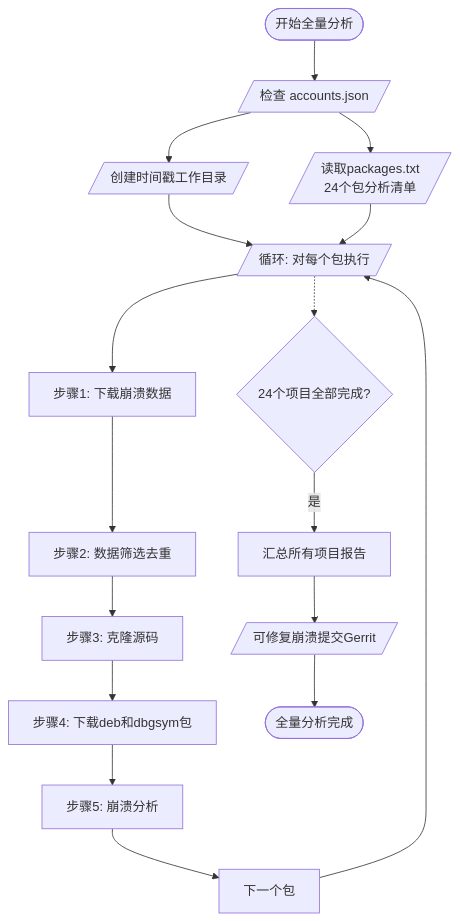
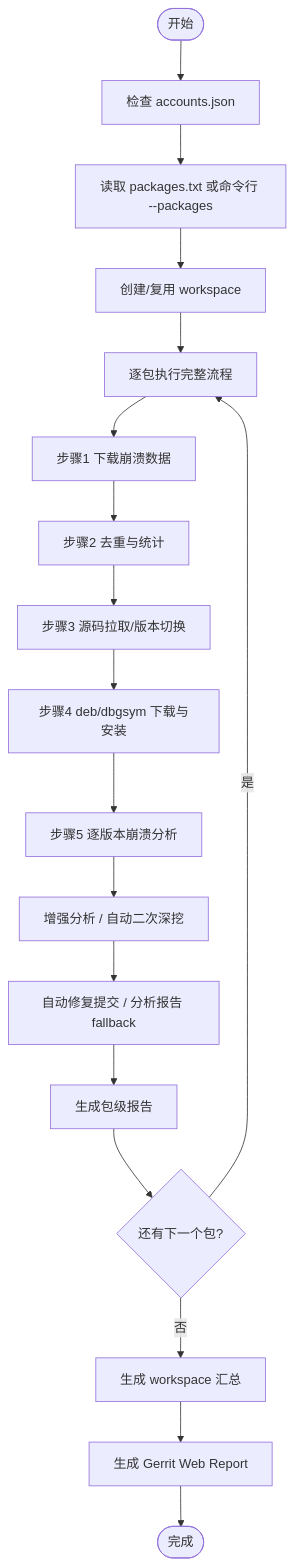
The first of 4 diagrams in FLOW.md (wubw0508/coredump-analysis-skills), drawn with Mermaid before and after one commit. The commit also changed other lines of this file and 25 other files, not shown here.

````diff
--- a/FLOW.md
+++ b/FLOW.md
@@ -5,19 +13,20 @@
 ```mermaid
 graph TD
-A([开始全量分析]) --> B
-B[/检查 accounts.json/] --> C
-B --> D
-C[/创建时间戳工作目录/] --> E
-D[/读取packages.txt<br/>24个包分析清单/] --> E
-E[/循环: 对每个包执行/] --> F[步骤1: 下载崩溃数据]
-F --> G[步骤2: 数据筛选去重]
-G --> H[步骤3: 克隆源码]
-H --> I[步骤4: 下载deb和dbgsym包]
-I --> J[步骤5: 崩溃分析]
-J --> K[下一个包]
-K --> E
-E -.-> L{24个项目全部完成?}
-L -->|是| M[汇总所有项目报告]
-M --> N[/可修复崩溃提交Gerrit/]
-N --> O([全量分析完成])
+A([开始]) --> B[检查 accounts.json]
+B --> C[读取 packages.txt 或命令行 --packages]
+C --> D[创建/复用 workspace]
+D --> E[逐包执行完整流程]
+E --> F[步骤1 下载崩溃数据]
+F --> G[步骤2 去重与统计]
+G --> H[步骤3 源码拉取/版本切换]
+H --> I[步骤4 deb/dbgsym 下载与安装]
+I --> J[步骤5 逐版本崩溃分析]
+J --> K[增强分析 / 自动二次深挖]
+K --> L[自动修复提交 / 分析报告 fallback]
+L --> M[生成包级报告]
+M --> N{还有下一个包?}
+N -->|是| E
+N -->|否| O[生成 workspace 汇总]
+O --> P[生成 Gerrit Web Report]
+P --> Q([完成])
 ```
````
